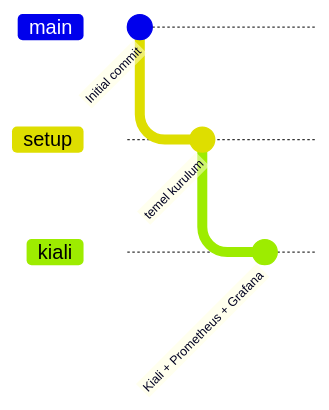
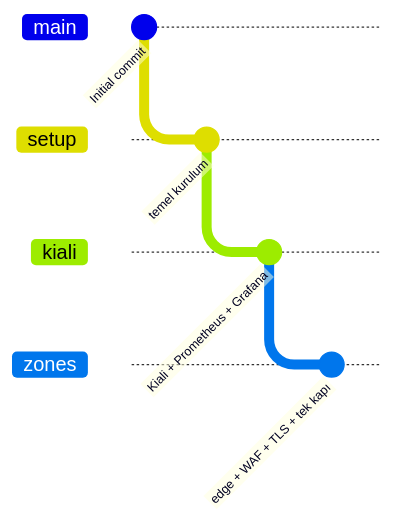
Before and after one commit to olgunyldz/service-mesh-lab: the diagram in docs/README.md, drawn with Mermaid. The commit also changed other lines of this file and 26 other files, not shown here.

First line of the commit message:
Zone'lar: edge Kubernetes dışında (HAProxy + WAF), TLS, DMZ egress ile tek kapı

````diff
--- a/docs/README.md
+++ b/docs/README.md
@@ -5,10 +5,13 @@
 ```mermaid
 gitGraph
     commit id: "Initial commit"
     branch setup
     checkout setup
     commit id: "temel kurulum"
     branch kiali
     checkout kiali
     commit id: "Kiali + Prometheus + Grafana"
+    branch zones
+    checkout zones
+    commit id: "edge + WAF + TLS + tek kapı"
 ```
````
